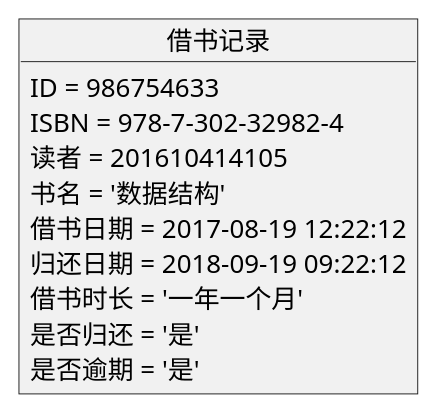
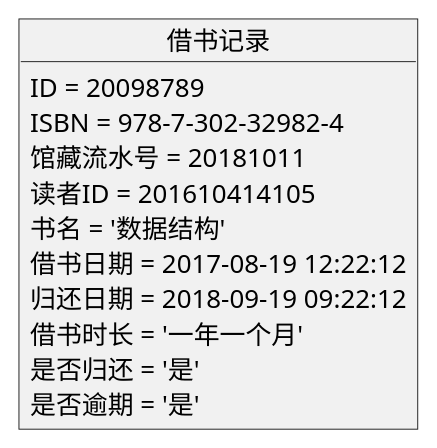
The diagram in test3/object6.md (Landy7/is_analysis), drawn with PlantUML before and after one commit. The commit also changed 15 other files, not shown here.

```diff
--- a/test3/object6.md
+++ b/test3/object6.md
@@ -1,16 +1,17 @@
 @startuml
 
 object 借书记录{
-    ID = 986754633
+    ID = 20098789
     ISBN = 978-7-302-32982-4
-    读者 = 201610414105
+    馆藏流水号 = 20181011
+    读者ID = 201610414105
     书名 = '数据结构'
     借书日期 = 2017-08-19 12:22:12
     归还日期 = 2018-09-19 09:22:12
     借书时长 = '一年一个月'
     是否归还 = '是'
     是否逾期 = '是'
 
  }
 
 @enduml
```
